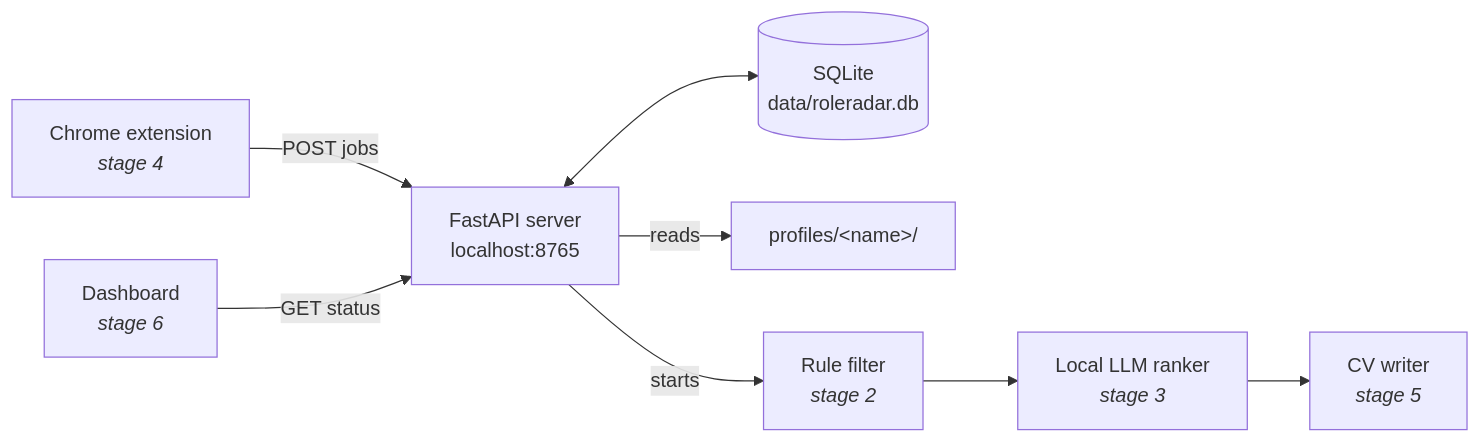
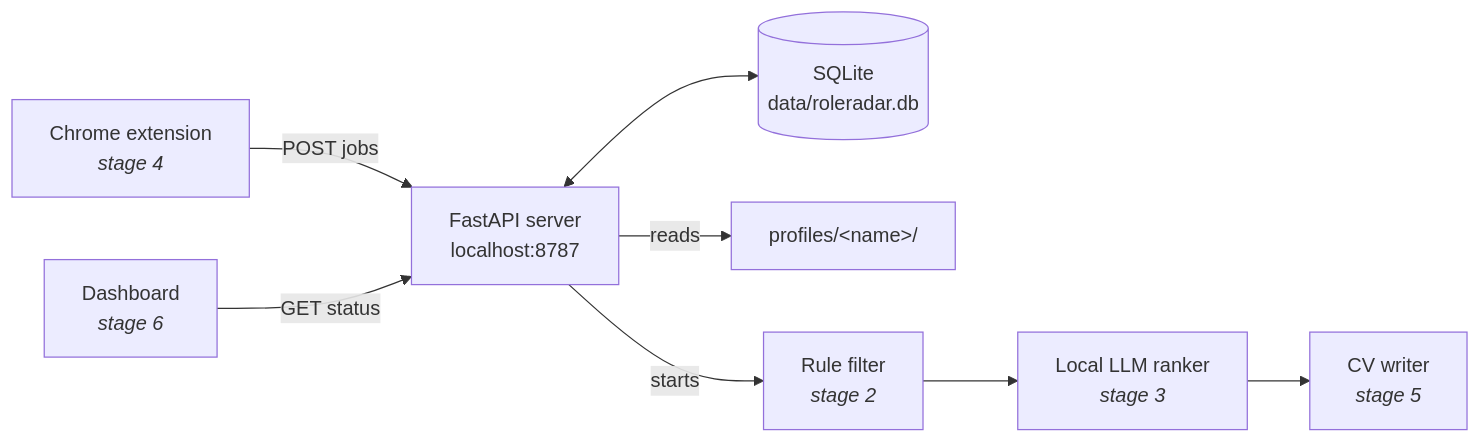
The diagram in docs/01-foundation.md (omartaha7507/roleradar), drawn with Mermaid before and after one commit. The commit also changed other lines of this file and 3 other files, not shown here.

````diff
--- a/docs/01-foundation.md
+++ b/docs/01-foundation.md
@@ -9,8 +9,8 @@
 ```mermaid
 flowchart LR
     EXT[Chrome extension<br/><i>stage 4</i>] -- POST jobs --> API
     DASH[Dashboard<br/><i>stage 6</i>] -- GET status --> API
-    API[FastAPI server<br/>localhost:8765] <--> DB[(SQLite<br/>data/roleradar.db)]
+    API[FastAPI server<br/>localhost:8787] <--> DB[(SQLite<br/>data/roleradar.db)]
     API -- reads --> PROF[profiles/&lt;name&gt;/]
     API -- starts --> FILTER[Rule filter<br/><i>stage 2</i>] --> RANK[Local LLM ranker<br/><i>stage 3</i>] --> BUILD[CV writer<br/><i>stage 5</i>]
 ```
````
